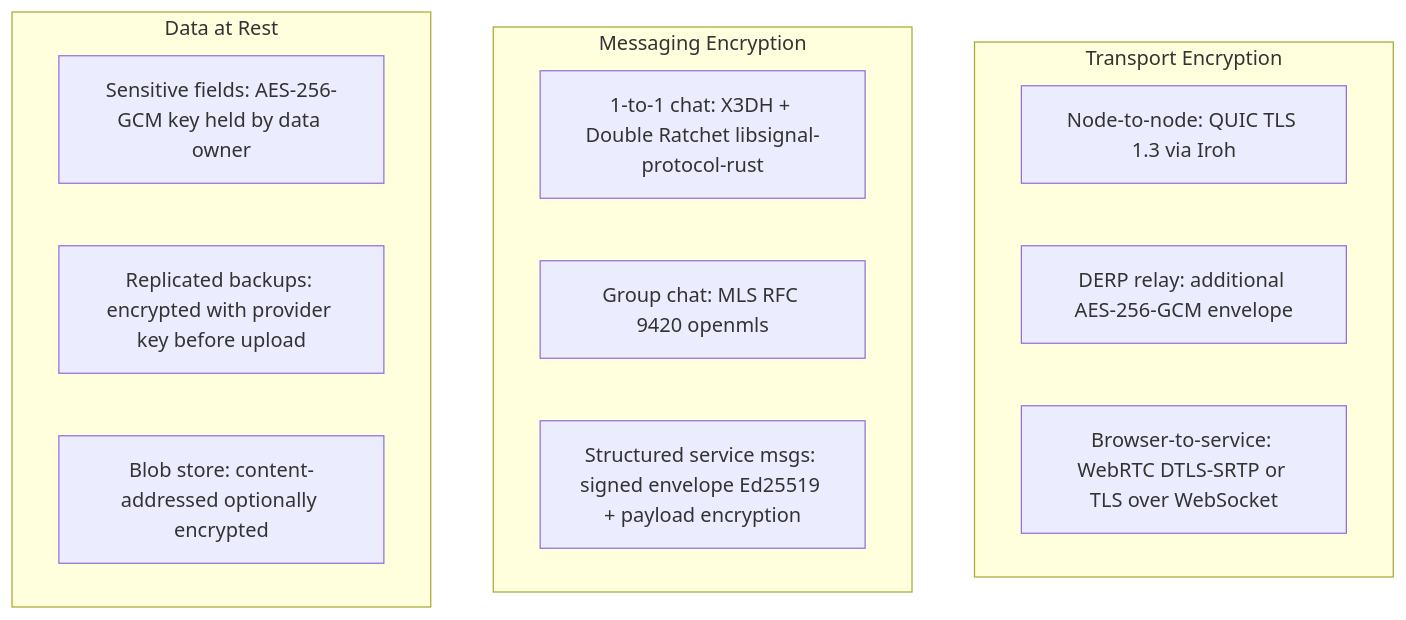
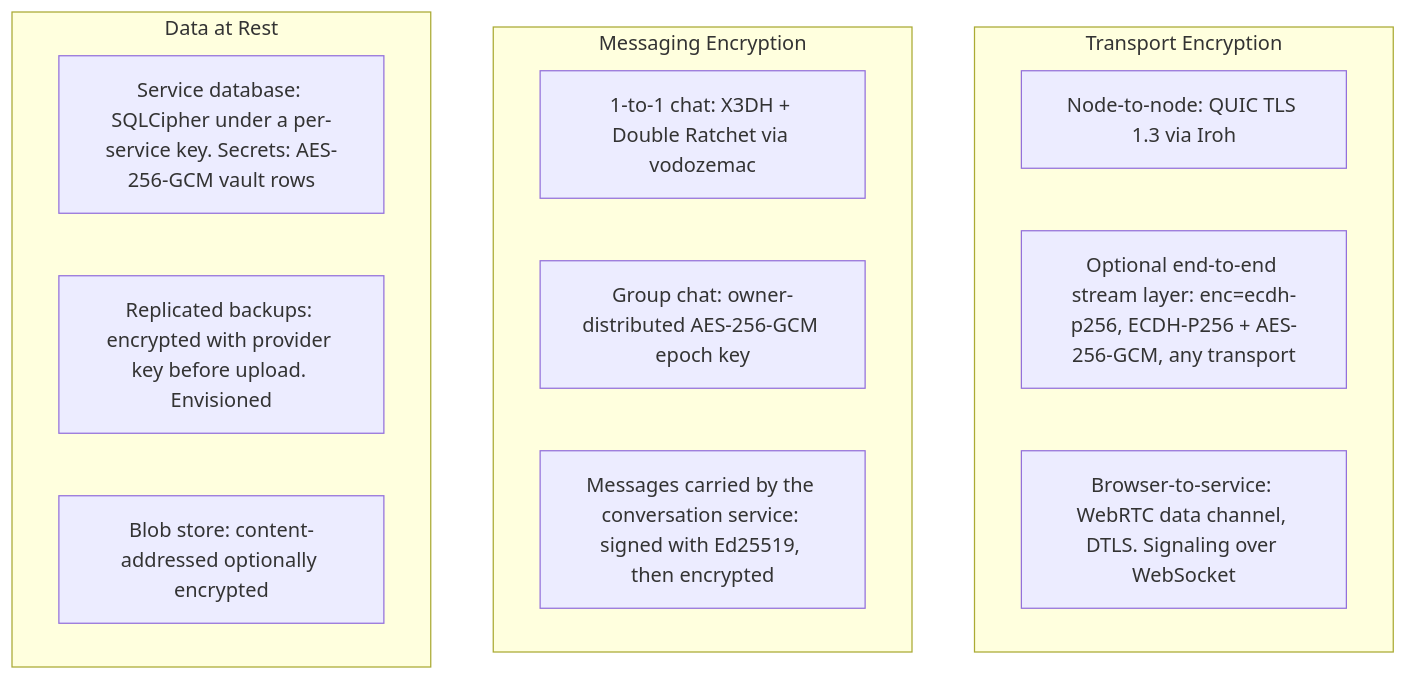
Before and after one commit to syneroym/syneroym: diagram 21 of 22 in docs/system-architecture.md, drawn with Mermaid. The commit also changed other lines of this file and 1 other file, not shown here.

First line of the commit message:
docs(architecture): fix Security Architecture

````diff
--- a/docs/system-architecture.md
+++ b/docs/system-architecture.md
@@ -1111,20 +1111,20 @@
 ```mermaid
 flowchart TD
     subgraph TRANSPORT["Transport Encryption"]
         T1[Node-to-node: QUIC TLS 1.3 via Iroh]
-        T2[DERP relay: additional AES-256-GCM envelope]
-        T3[Browser-to-service: WebRTC DTLS-SRTP or TLS over WebSocket]
+        T2[Optional end-to-end stream layer: enc=ecdh-p256, ECDH-P256 + AES-256-GCM, any transport]
+        T3[Browser-to-service: WebRTC data channel, DTLS. Signaling over WebSocket]
     end
 
     subgraph MESSAGING_ENC["Messaging Encryption"]
-        M1[1-to-1 chat: X3DH + Double Ratchet libsignal-protocol-rust]
-        M2[Group chat: MLS RFC 9420 openmls]
-        M3[Structured service msgs: signed envelope Ed25519 + payload encryption]
+        M1[1-to-1 chat: X3DH + Double Ratchet via vodozemac]
+        M2[Group chat: owner-distributed AES-256-GCM epoch key]
+        M3[Messages carried by the conversation service: signed with Ed25519, then encrypted]
     end
 
     subgraph AT_REST["Data at Rest"]
-        R1[Sensitive fields: AES-256-GCM key held by data owner]
-        R2[Replicated backups: encrypted with provider key before upload]
+        R1[Service database: SQLCipher under a per-service key. Secrets: AES-256-GCM vault rows]
+        R2[Replicated backups: encrypted with provider key before upload. Envisioned]
         R3[Blob store: content-addressed optionally encrypted]
     end
 ```
````
